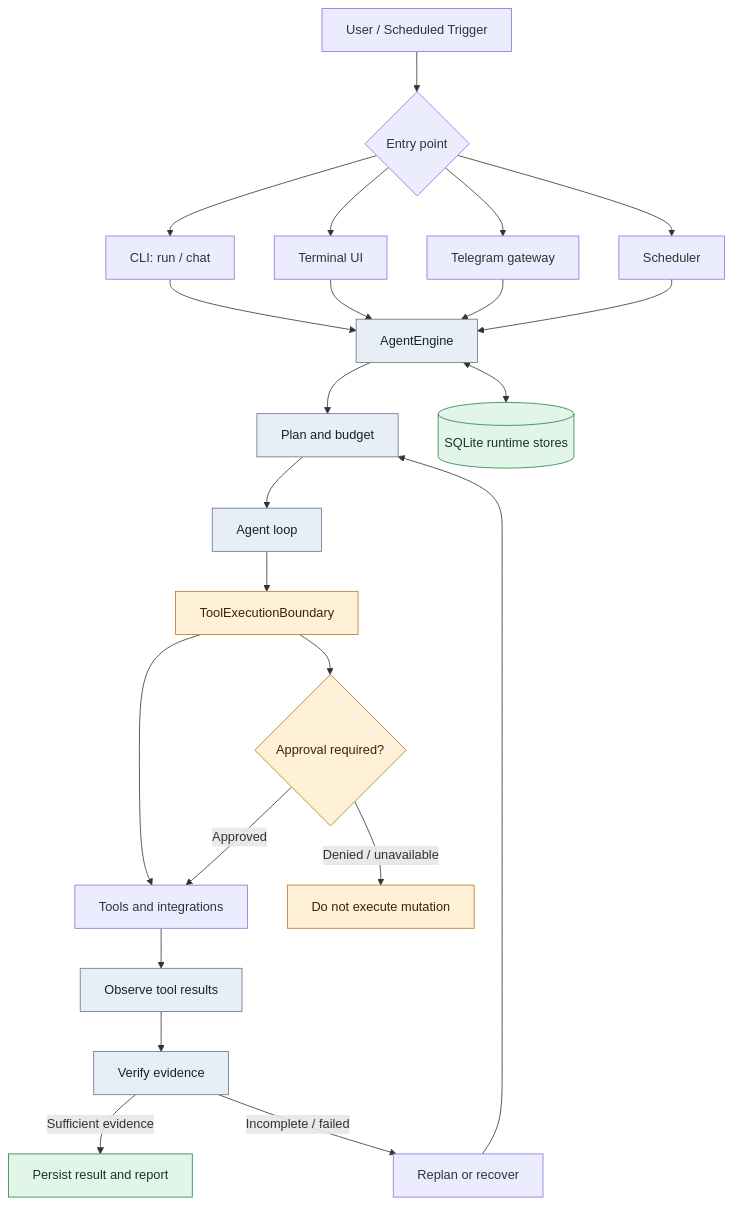
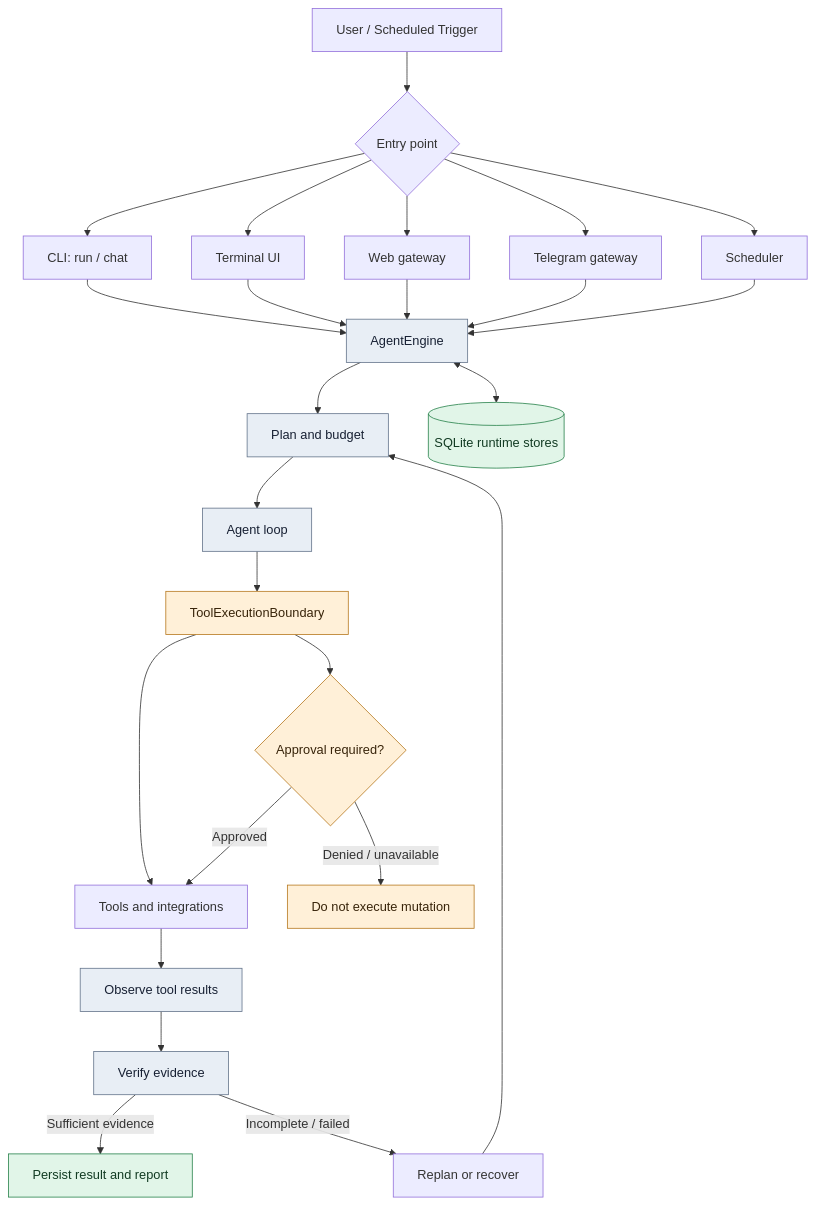
One commit to zqf20096327/ai_collect changed the first of 2 diagrams in data/readmes/kyyinfinite__EURUS.md. Above: the diagram before and after it, drawn with Mermaid. The commit also changed other lines of this file and 1553 other files, not shown here.

````diff
--- a/data/readmes/kyyinfinite__EURUS.md
+++ b/data/readmes/kyyinfinite__EURUS.md
@@ -61,34 +214,36 @@
 ```mermaid
 flowchart TD
     USER["User / Scheduled Trigger"] --> ENTRY{"Entry point"}
     ENTRY --> CLI["CLI: run / chat"]
     ENTRY --> TUI["Terminal UI"]
+    ENTRY --> WEB["Web gateway"]
     ENTRY --> TG["Telegram gateway"]
     ENTRY --> SCHED["Scheduler"]
     CLI --> ENGINE["AgentEngine"]
     TUI --> ENGINE
+    WEB --> ENGINE
     TG --> ENGINE
     SCHED --> ENGINE
 
     ENGINE --> PLAN["Plan and budget"]
     PLAN --> LOOP["Agent loop"]
     LOOP --> BOUNDARY["ToolExecutionBoundary"]
     BOUNDARY --> TOOLS["Tools and integrations"]
     TOOLS --> OBSERVE["Observe tool results"]
     OBSERVE --> VERIFY["Verify evidence"]
     VERIFY -->|Sufficient evidence| REPORT["Persist result and report"]
     VERIFY -->|Incomplete / failed| RECOVER["Replan or recover"]
     RECOVER --> PLAN
 
     ENGINE <--> STORE[("SQLite runtime stores")]
     BOUNDARY --> APPROVAL{"Approval required?"}
     APPROVAL -->|Approved| TOOLS
     APPROVAL -->|Denied / unavailable| DENY["Do not execute mutation"]
 
     classDef main fill:#e8eef5,stroke:#64748b,color:#172033
     classDef secure fill:#fff0d8,stroke:#b7791f,color:#38240a
     classDef success fill:#e1f5e8,stroke:#27824b,color:#123b23
     class ENGINE,PLAN,LOOP,OBSERVE,VERIFY main
     class BOUNDARY,APPROVAL,DENY secure
     class REPORT,STORE success
 ```
````
